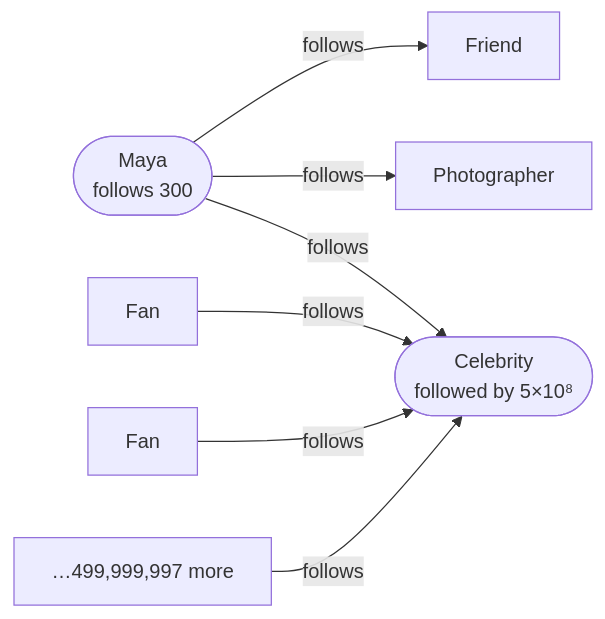
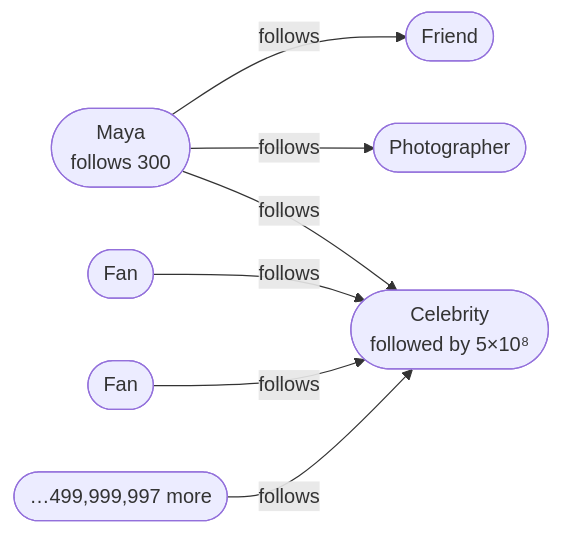
Diagram 16 of 19 in examples/system-design-foundations.md (Laticent/lattice), drawn with Mermaid before and after one commit. The commit also changed other lines of this file and 1 other file, not shown here.

First line of the commit message:
deck(examples): act on the re-score, and finish the diagram conversion

````diff
--- a/examples/system-design-foundations.md
+++ b/examples/system-design-foundations.md
@@ -2229,9 +2229,9 @@
 ```mermaid
 flowchart LR
-  M(["Maya<br/>follows 300"]) -->|"follows"| A["Friend"]
-  M -->|"follows"| B["Photographer"]
+  M(["Maya<br/>follows 300"]) -->|"follows"| A(["Friend"])
+  M -->|"follows"| B(["Photographer"])
   M -->|"follows"| C(["Celebrity<br/>followed by 5×10⁸"])
-  D["Fan"] -->|"follows"| C
-  E["Fan"] -->|"follows"| C
-  F["…499,999,997 more"] -->|"follows"| C
+  D(["Fan"]) -->|"follows"| C
+  E(["Fan"]) -->|"follows"| C
+  F(["…499,999,997 more"]) -->|"follows"| C
 ```
````
